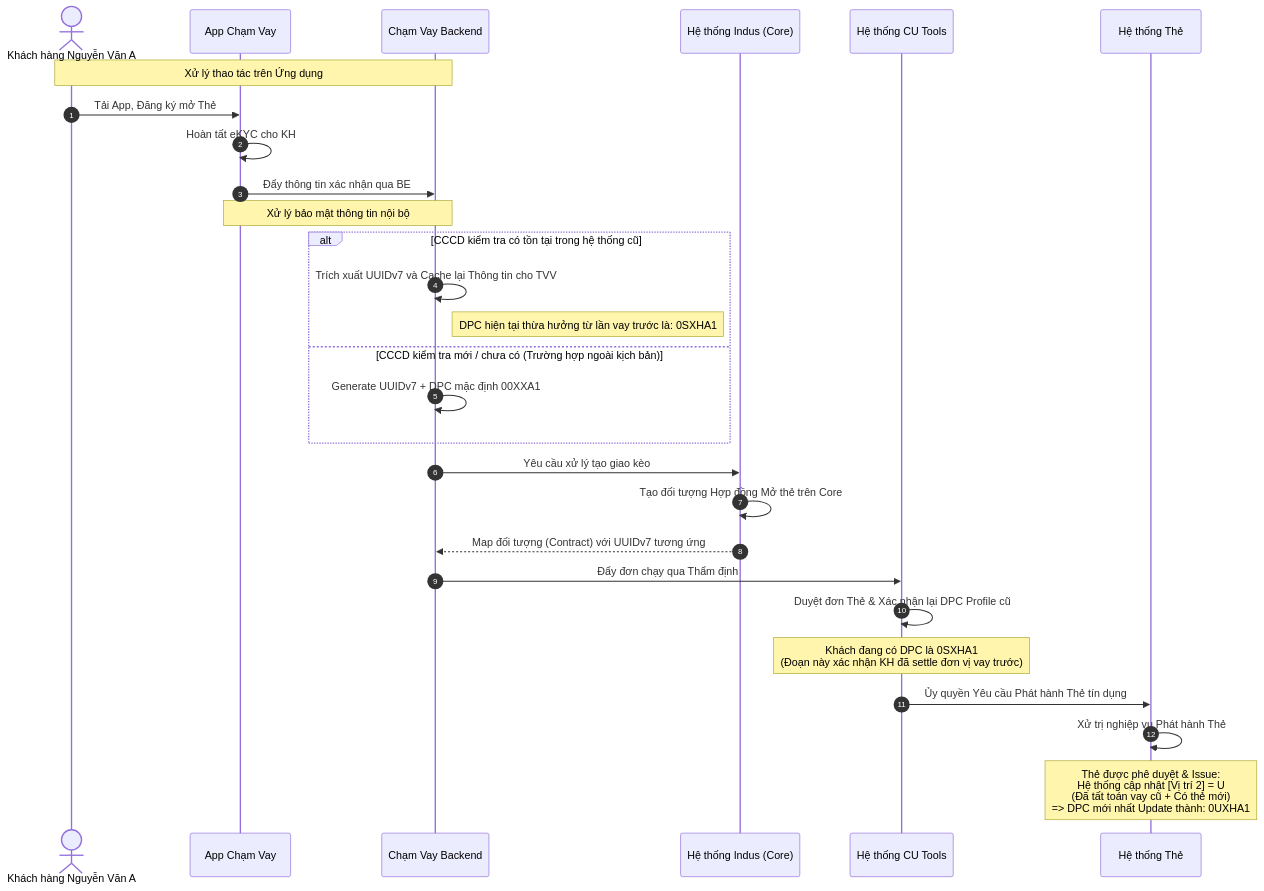
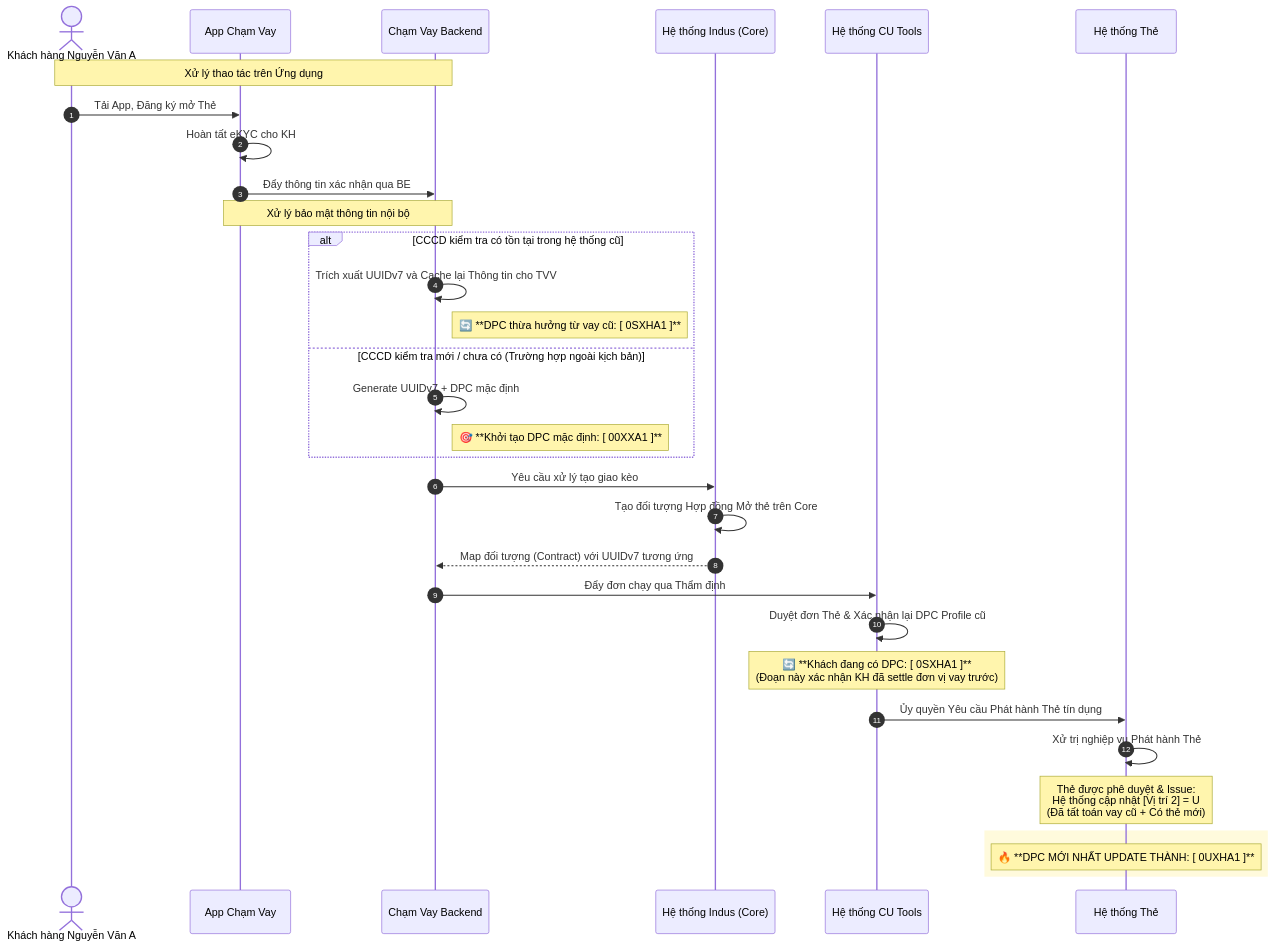
One commit to quangha9797/hdss-docs changed the second of 2 diagrams in dpc/03_Luong_Xu_Ly_DPC.md. Above: the diagram before and after it, drawn with Mermaid. The commit also changed other lines of this file, not shown here.

````diff
--- a/dpc/03_Luong_Xu_Ly_DPC.md
+++ b/dpc/03_Luong_Xu_Ly_DPC.md
@@ -76,35 +80,39 @@
 ```mermaid
 sequenceDiagram
     autonumber
     actor KH as Khách hàng Nguyễn Văn A
     participant CV as App Chạm Vay 
     participant BE as Chạm Vay Backend
     participant IND as Hệ thống Indus (Core)
     participant CUT as Hệ thống CU Tools
     participant CC as Hệ thống Thẻ
 
     note over KH, BE: Xử lý thao tác trên Ứng dụng
     KH->>CV: Tải App, Đăng ký mở Thẻ
     CV->>CV: Hoàn tất eKYC cho KH
     CV->>BE: Đẩy thông tin xác nhận qua BE
     
     note over CV, BE: Xử lý bảo mật thông tin nội bộ
     alt CCCD kiểm tra có tồn tại trong hệ thống cũ
         BE->>BE: Trích xuất UUIDv7 và Cache lại Thông tin cho TVV
-        note right of BE: DPC hiện tại thừa hưởng từ lần vay trước là: 0SXHA1
+        note right of BE: 🔄 **DPC thừa hưởng từ vay cũ: [ 0SXHA1 ]**
     else CCCD kiểm tra mới / chưa có (Trường hợp ngoài kịch bản)
-        BE->>BE: Generate UUIDv7 + DPC mặc định 00XXA1
+        BE->>BE: Generate UUIDv7 + DPC mặc định
+        note right of BE: 🎯 **Khởi tạo DPC mặc định: [ 00XXA1 ]**
     end
 
     BE->>IND: Yêu cầu xử lý tạo giao kèo
     IND->>IND: Tạo đối tượng Hợp đồng Mở thẻ trên Core
     IND-->>BE: Map đối tượng (Contract) với UUIDv7 tương ứng
 
     BE->>CUT: Đẩy đơn chạy qua Thẩm định
     CUT->>CUT: Duyệt đơn Thẻ & Xác nhận lại DPC Profile cũ
-    note over CUT: Khách đang có DPC là 0SXHA1<br/>(Đoạn này xác nhận KH đã settle đơn vị vay trước)
+    note over CUT: 🔄 **Khách đang có DPC: [ 0SXHA1 ]**<br/>(Đoạn này xác nhận KH đã settle đơn vị vay trước)
     
     CUT->>CC: Ủy quyền Yêu cầu Phát hành Thẻ tín dụng
     CC->>CC: Xử trị nghiệp vụ Phát hành Thẻ
-    note over CC: Thẻ được phê duyệt & Issue:<br/>Hệ thống cập nhật [Vị trí 2] = U<br/>(Đã tất toán vay cũ + Có thẻ mới)<br/>=> DPC mới nhất Update thành: 0UXHA1
+    note over CC: Thẻ được phê duyệt & Issue:<br/>Hệ thống cập nhật [Vị trí 2] = U<br/>(Đã tất toán vay cũ + Có thẻ mới)
+    rect rgb(255, 250, 220)
+    note over CC: 🔥 **DPC MỚI NHẤT UPDATE THÀNH: [ 0UXHA1 ]**
+    end
 ```
````
